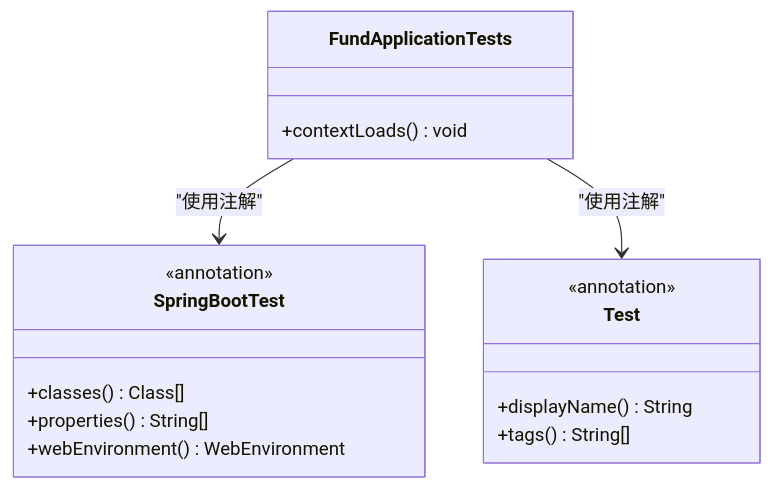
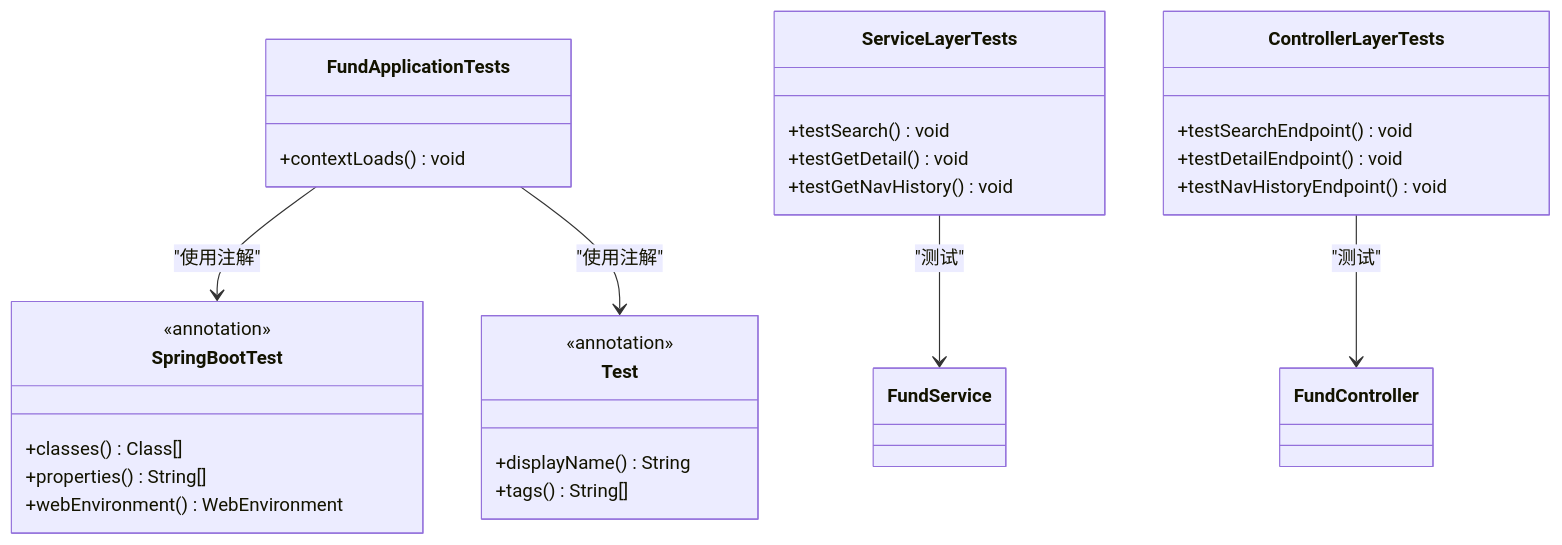
One commit to gree-coder/fund-butler changed the third of 18 diagrams in .qoder/repowiki/zh/content/核心功能开发/测试策略.md. Above: the diagram before and after it, drawn with Mermaid. The commit also changed other lines of this file and 10 other files, not shown here.

````diff
--- a/.qoder/repowiki/zh/content/核心功能开发/测试策略.md
+++ b/.qoder/repowiki/zh/content/核心功能开发/测试策略.md
@@ -105,19 +123,31 @@
 ```mermaid
 classDiagram
 class FundApplicationTests {
 +contextLoads() void
 }
 class SpringBootTest {
 <<annotation>>
 +classes() Class[]
 +properties() String[]
 +webEnvironment() WebEnvironment
 }
 class Test {
 <<annotation>>
 +displayName() String
 +tags() String[]
 }
+class ServiceLayerTests {
++testSearch() void
++testGetDetail() void
++testGetNavHistory() void
+}
+class ControllerLayerTests {
++testSearchEndpoint() void
++testDetailEndpoint() void
++testNavHistoryEndpoint() void
+}
 FundApplicationTests --> SpringBootTest : "使用注解"
 FundApplicationTests --> Test : "使用注解"
+ServiceLayerTests --> FundService : "测试"
+ControllerLayerTests --> FundController : "测试"
 ```
````
